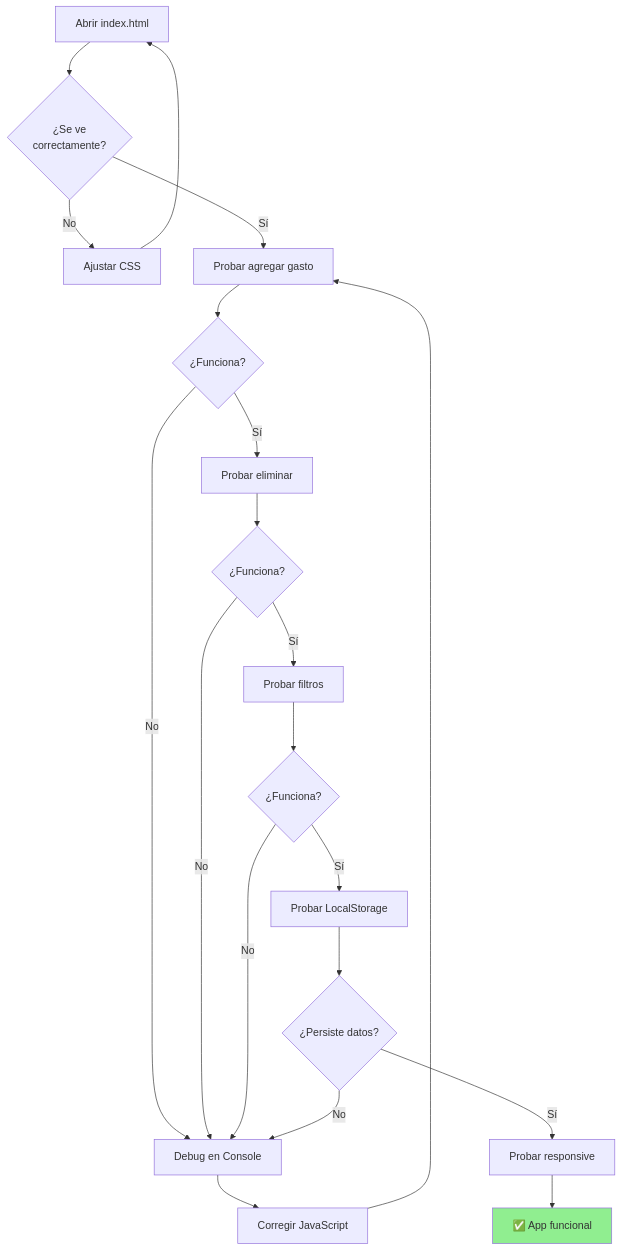
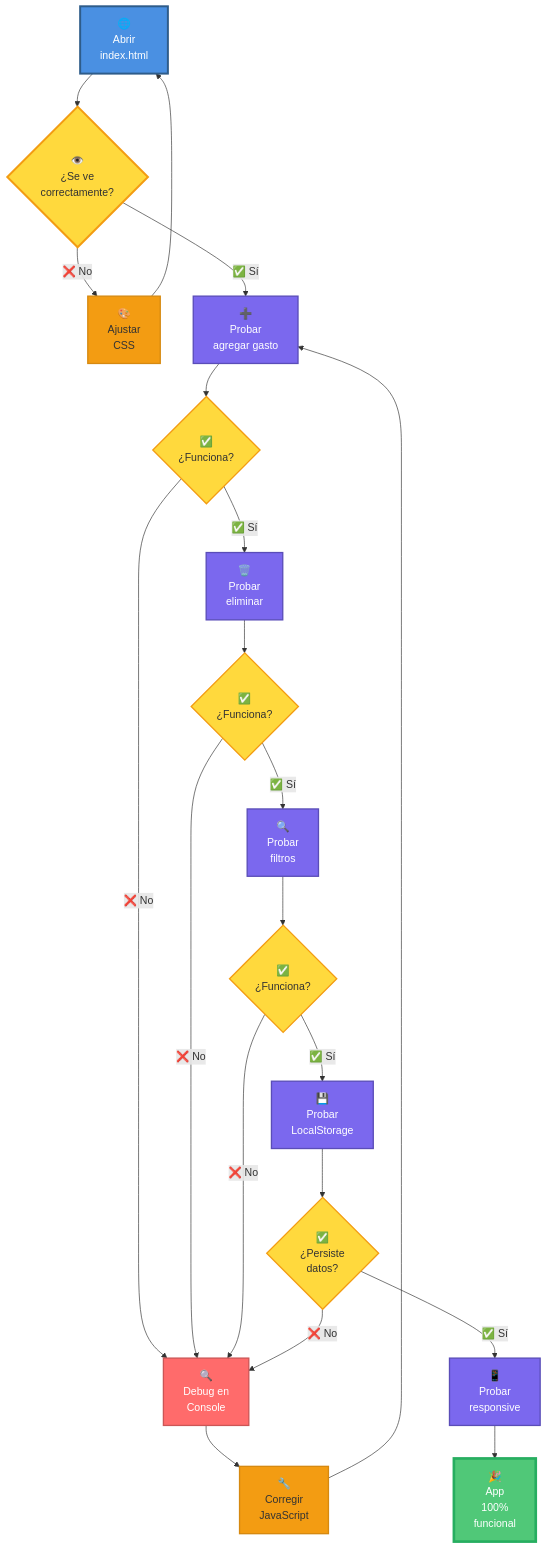
One commit to Ai-Whisperers/Courses-Content changed the sixth of 8 diagrams in courses/🟡-development/FPUNA-2026/00-FUNDAMENTOS-PRINCIPALES/05-proyecto-en-vivo.md. Above: the diagram before and after it, drawn with Mermaid. The commit also changed other lines of this file and 30 other files, not shown here.

````diff
--- a/courses/🟡-development/FPUNA-2026/00-FUNDAMENTOS-PRINCIPALES/05-proyecto-en-vivo.md
+++ b/courses/🟡-development/FPUNA-2026/00-FUNDAMENTOS-PRINCIPALES/05-proyecto-en-vivo.md
@@ -686,29 +737,43 @@
 ```mermaid
 flowchart TD
-    A[Abrir index.html] --> B{¿Se ve<br/>correctamente?}
-    B -->|No| C[Ajustar CSS]
+    A["🌐<br/>Abrir<br/>index.html"] --> B{"👁️<br/>¿Se ve<br/>correctamente?"}
+    B -->|"❌ No"| C["🎨<br/>Ajustar<br/>CSS"]
     C --> A
-    B -->|Sí| D[Probar agregar gasto]
+    B -->|"✅ Sí"| D["➕<br/>Probar<br/>agregar gasto"]
     
-    D --> E{¿Funciona?}
-    E -->|No| F[Debug en Console]
-    F --> G[Corregir JavaScript]
+    D --> E{"✅<br/>¿Funciona?"}
+    E -->|"❌ No"| F["🔍<br/>Debug en<br/>Console"]
+    F --> G["🔧<br/>Corregir<br/>JavaScript"]
     G --> D
-    E -->|Sí| H[Probar eliminar]
+    E -->|"✅ Sí"| H["🗑️<br/>Probar<br/>eliminar"]
     
-    H --> I{¿Funciona?}
-    I -->|No| F
-    I -->|Sí| J[Probar filtros]
+    H --> I{"✅<br/>¿Funciona?"}
+    I -->|"❌ No"| F
+    I -->|"✅ Sí"| J["🔍<br/>Probar<br/>filtros"]
     
-    J --> K{¿Funciona?}
-    K -->|No| F
-    K -->|Sí| L[Probar LocalStorage]
+    J --> K{"✅<br/>¿Funciona?"}
+    K -->|"❌ No"| F
+    K -->|"✅ Sí"| L["💾<br/>Probar<br/>LocalStorage"]
     
-    L --> M{¿Persiste datos?}
-    M -->|No| F
-    M -->|Sí| N[Probar responsive]
+    L --> M{"✅<br/>¿Persiste<br/>datos?"}
+    M -->|"❌ No"| F
+    M -->|"✅ Sí"| N["📱<br/>Probar<br/>responsive"]
     
-    N --> O[✅ App funcional]
+    N --> O["🎉<br/>App<br/>100%<br/>funcional"]
     
-    style O fill:#90EE90
+    style A fill:#4A90E2,stroke:#2E5C8A,stroke-width:3px,color:#fff
+    style B fill:#FFD93D,stroke:#F39C12,stroke-width:3px,color:#333
+    style C fill:#F39C12,stroke:#D68910,stroke-width:2px,color:#333
+    style D fill:#7B68EE,stroke:#5A4DB8,stroke-width:2px,color:#fff
+    style E fill:#FFD93D,stroke:#F39C12,stroke-width:2px,color:#333
+    style F fill:#FF6B6B,stroke:#CC5555,stroke-width:2px,color:#fff
+    style G fill:#F39C12,stroke:#D68910,stroke-width:2px,color:#333
+    style H fill:#7B68EE,stroke:#5A4DB8,stroke-width:2px,color:#fff
+    style I fill:#FFD93D,stroke:#F39C12,stroke-width:2px,color:#333
+    style J fill:#7B68EE,stroke:#5A4DB8,stroke-width:2px,color:#fff
+    style K fill:#FFD93D,stroke:#F39C12,stroke-width:2px,color:#333
+    style L fill:#7B68EE,stroke:#5A4DB8,stroke-width:2px,color:#fff
+    style M fill:#FFD93D,stroke:#F39C12,stroke-width:2px,color:#333
+    style N fill:#7B68EE,stroke:#5A4DB8,stroke-width:2px,color:#fff
+    style O fill:#50C878,stroke:#27AE60,stroke-width:4px,color:#fff
 ```
````
